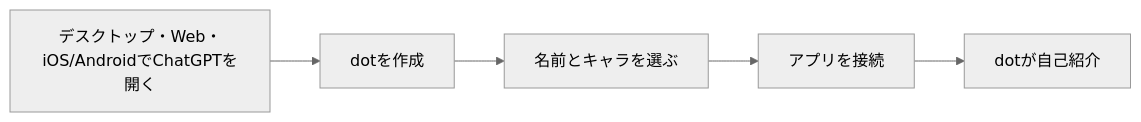
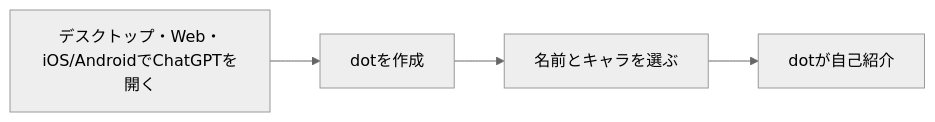
Before and after one commit to myoshi2891/Comparison-of-LLMs: the sixth of 12 diagrams in Openai-dots-best-practices-guide.md, drawn with Mermaid (neutral theme). The commit also changed other lines of this file, not shown here.

First line of the commit message:
docs(openai-dots): scope Auto-review to eligible ops, fix Step 1 flow and Pause row

````diff
--- a/Openai-dots-best-practices-guide.md
+++ b/Openai-dots-best-practices-guide.md
@@ -223,7 +223,6 @@
 ```mermaid
 flowchart LR
   A["デスクトップ・Web・<br/>iOS/AndroidでChatGPTを開く"] --> B["dotを作成"]
   B --> C["名前とキャラを選ぶ"]
-  C --> D["アプリを接続"]
-  D --> E["dotが自己紹介"]
+  C --> D["dotが自己紹介"]
 ```
````
